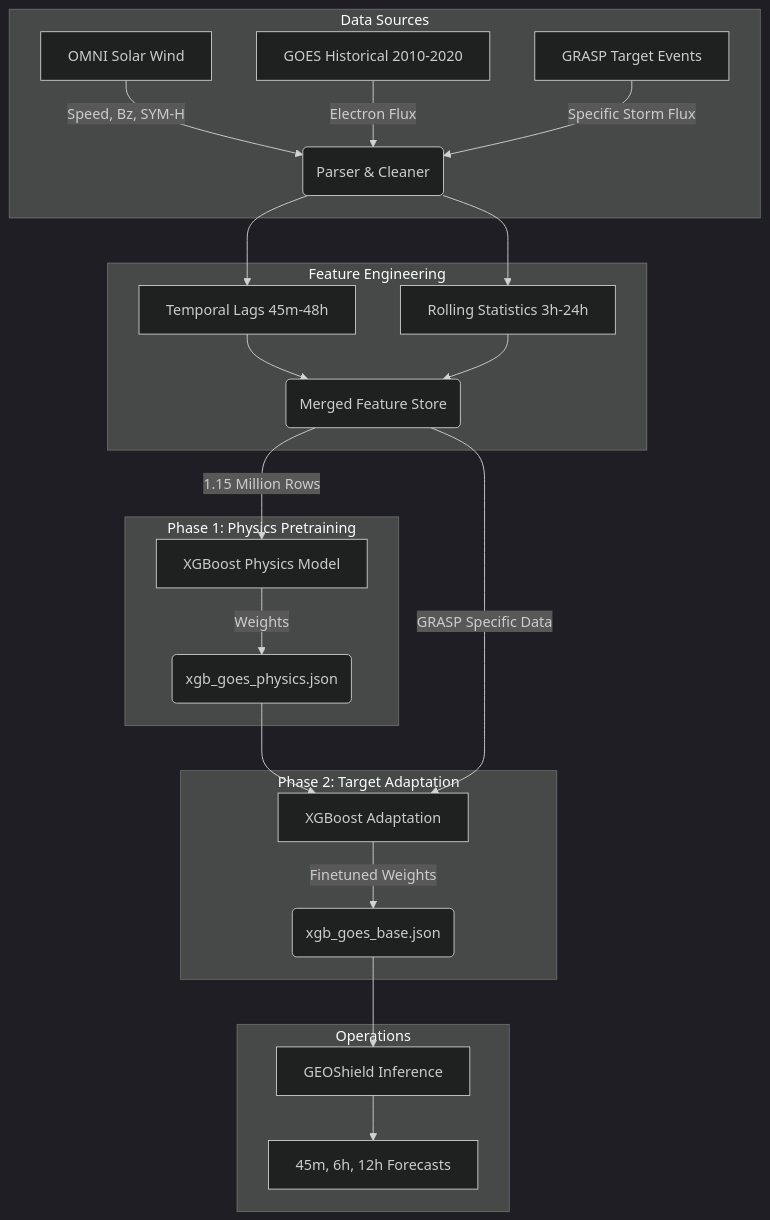
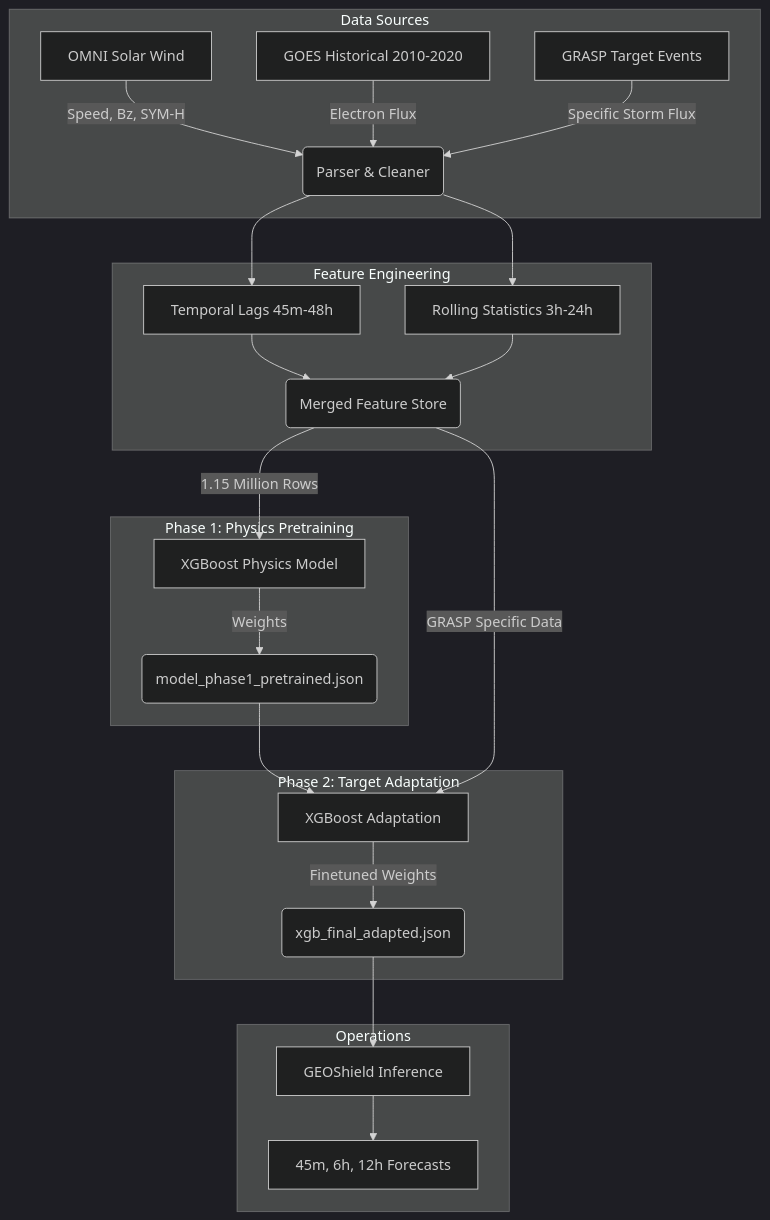
The diagram in docs/architecture.mmd (SHAURYASANYAL3/GEOshield), drawn with Mermaid (dark theme) before and after one commit. The commit also changed 38 other files, not shown here.

````diff
--- a/docs/architecture.mmd
+++ b/docs/architecture.mmd
@@ -1,31 +1,31 @@
 ```mermaid
 graph TD
     subgraph Data Sources
         O[OMNI Solar Wind] -->|Speed, Bz, SYM-H| P(Parser & Cleaner)
         G[GOES Historical 2010-2020] -->|Electron Flux| P
         GR[GRASP Target Events] -->|Specific Storm Flux| P
     end
 
     subgraph Feature Engineering
         P --> F1[Temporal Lags 45m-48h]
         P --> F2[Rolling Statistics 3h-24h]
         F1 --> FE(Merged Feature Store)
         F2 --> FE
     end
 
     subgraph Phase 1: Physics Pretraining
         FE -->|1.15 Million Rows| XGB1[XGBoost Physics Model]
-        XGB1 -->|Weights| W1(xgb_goes_physics.json)
+        XGB1 -->|Weights| W1(model_phase1_pretrained.json)
     end
 
     subgraph Phase 2: Target Adaptation
         W1 --> XGB2[XGBoost Adaptation]
         FE -->|GRASP Specific Data| XGB2
-        XGB2 -->|Finetuned Weights| W2(xgb_goes_base.json)
+        XGB2 -->|Finetuned Weights| W2(xgb_final_adapted.json)
     end
 
     subgraph Operations
         W2 --> Predict[GEOShield Inference]
         Predict --> Out[45m, 6h, 12h Forecasts]
     end
 ```
````
